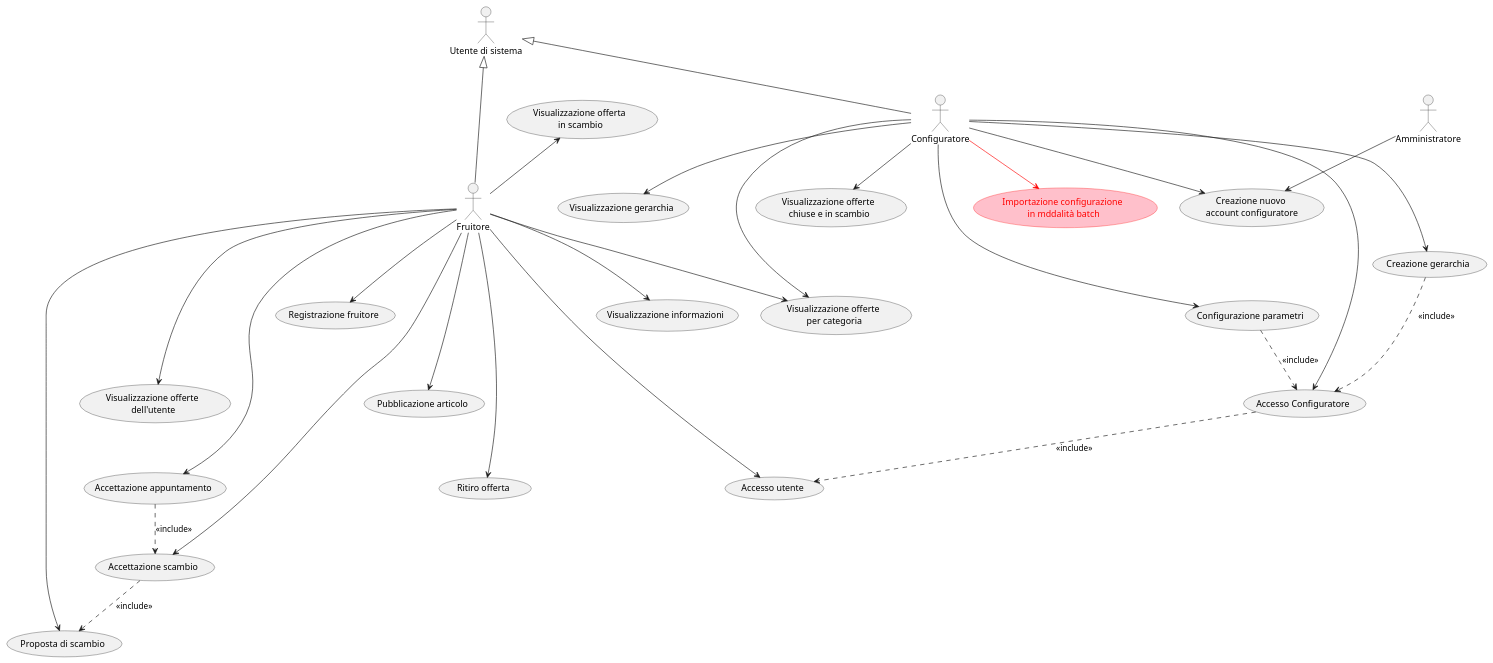
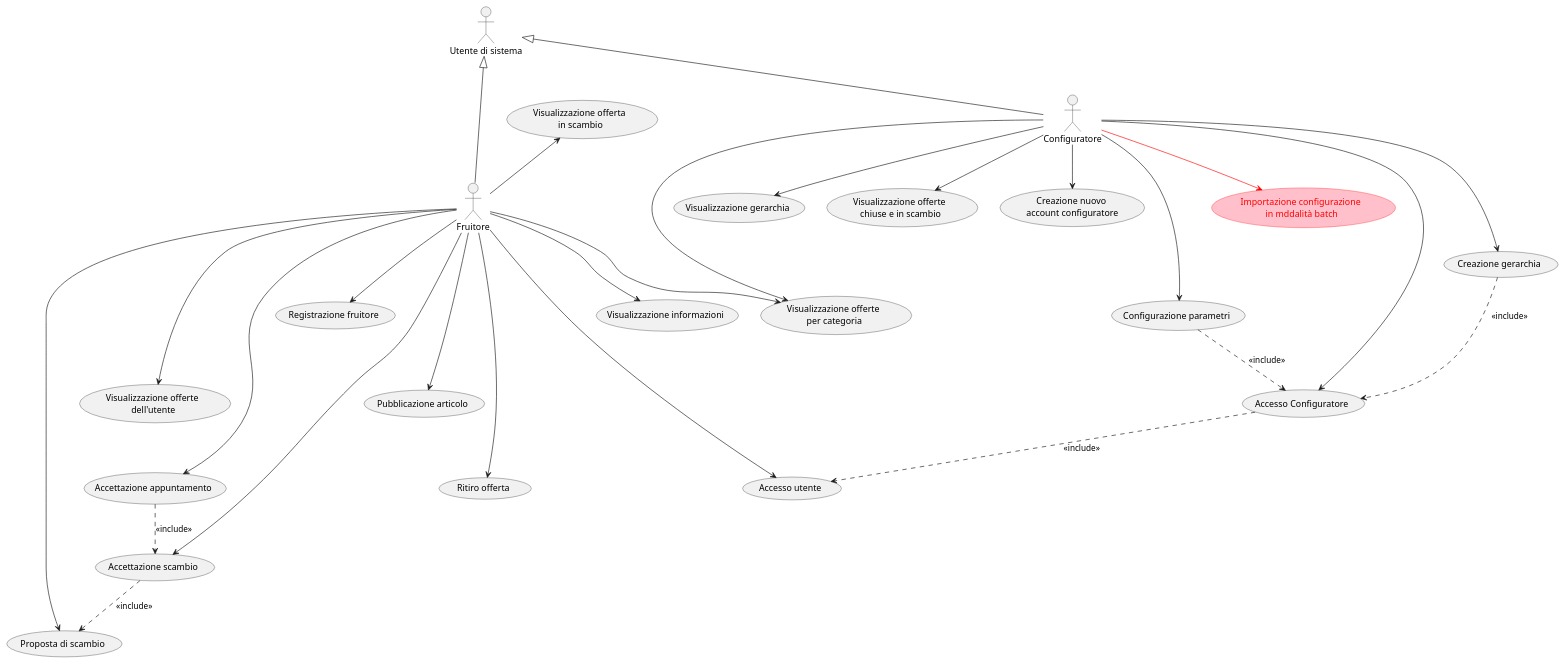
One commit to Matlice/ing_sw_2022 changed the diagram in DOC/VER5/diagrams/use_case/version_5.puml. Above: the diagram before and after it, drawn with PlantUML. The commit also changed 5 other files, not shown here.

Commit message:
Rimosso utente admin, la creazione del primo configuratore è automatica

```diff
--- a/DOC/VER5/diagrams/use_case/version_5.puml
+++ b/DOC/VER5/diagrams/use_case/version_5.puml
@@ -1,70 +1,68 @@
 @startuml
 
 :Utente di sistema: as user
 :Configuratore: as conf
-:Amministratore: as adm
 
 conf -up-|> user
 conf --> (Accesso Configuratore)
 conf --> (Creazione gerarchia)
 
-adm --> (Creazione nuovo \naccount configuratore)
 conf --> (Creazione nuovo \naccount configuratore)
 
 conf --> (Visualizzazione gerarchia)
 
 (Accesso Configuratore) ..> (Accesso utente): <<include>>
 (Creazione gerarchia) ..> (Accesso Configuratore): <<include>>
 
 :Fruitore: as fruit
 
 fruit -up-|> user
 
 (Configurazione parametri)
 (Registrazione fruitore)
 
 conf --> (Configurazione parametri)
 fruit --> (Registrazione fruitore)
 fruit --> (Accesso utente)
 (Configurazione parametri) ..> (Accesso Configuratore) : <<include>>
 
 fruit --> (Pubblicazione articolo)
 fruit --> (Ritiro offerta)
 fruit --> (Visualizzazione offerte \nper categoria)
 conf --> (Visualizzazione offerte \nper categoria)
 fruit --> (Visualizzazione informazioni)
 fruit --> (Visualizzazione offerte \ndell'utente)
 
 (Proposta di scambio)
 (Accettazione scambio)
 (Accettazione appuntamento)
 (Visualizzazione offerta \nin scambio)
 (Visualizzazione offerte \nchiuse e in scambio)
 
 fruit --> (Proposta di scambio)
 fruit --> (Accettazione scambio)
 fruit --> (Accettazione appuntamento)
 fruit -up-> (Visualizzazione offerta \nin scambio)
 conf --> (Visualizzazione offerte \nchiuse e in scambio)
 
 (Accettazione appuntamento) ..> (Accettazione scambio) : <<include>>
 (Accettazione scambio) ..> (Proposta di scambio) : <<include>>
 
 (Visualizzazione offerte \nchiuse e in scambio) -[hidden]- (Visualizzazione offerte \nper categoria)
 (Registrazione fruitore) -[hidden]- (Pubblicazione articolo)
 (Pubblicazione articolo) -[hidden]- (Ritiro offerta)
 (Registrazione fruitore) -[hidden]- (Visualizzazione offerte \ndell'utente)
 (Accettazione appuntamento) -[hidden]- (Visualizzazione offerte \ndell'utente)
 
 'VERSIONE 5 ==========================================
 
 (Importazione configurazione \nin mddalità batch) #pink;line:red;text:red
 
 conf --> (Importazione configurazione \nin mddalità batch) #red;text:red
 
 (Visualizzazione offerte \ndell'utente) -[hidden]- (Accettazione appuntamento)
 (Creazione nuovo \naccount configuratore) -[hidden]- (Configurazione parametri)
 '(Creazione nuovo \naccount configuratore) -[hidden]- (Importazione configurazione \nin mddalità batch)
 
 
 @enduml
```
